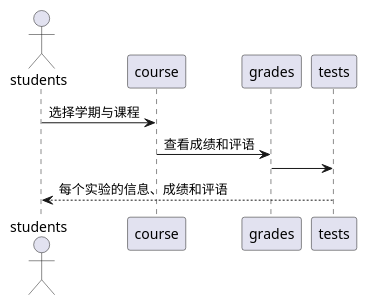
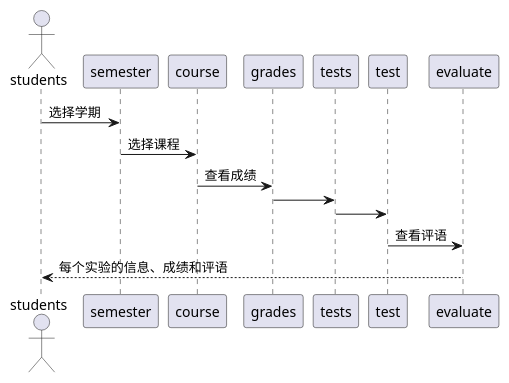
One commit to Neddy1995/is_analysis changed the diagram in test6/src/顺序图_查看成绩.puml. Above: the diagram before and after it, drawn with PlantUML. The commit also changed 30 other files, not shown here.

```diff
--- a/test6/src/顺序图_查看成绩.puml
+++ b/test6/src/顺序图_查看成绩.puml
@@ -1,7 +1,10 @@
 @startuml
 actor students
-students -> course :选择学期与课程
-course -> grades: 查看成绩和评语
+students -> semester :选择学期
+semester -> course :选择课程
+course -> grades: 查看成绩
 grades -> tests
-tests --> students:每个实验的信息、成绩和评语
+tests ->test
+test ->evaluate:查看评语
+evaluate --> students:每个实验的信息、成绩和评语
 @enduml
```
